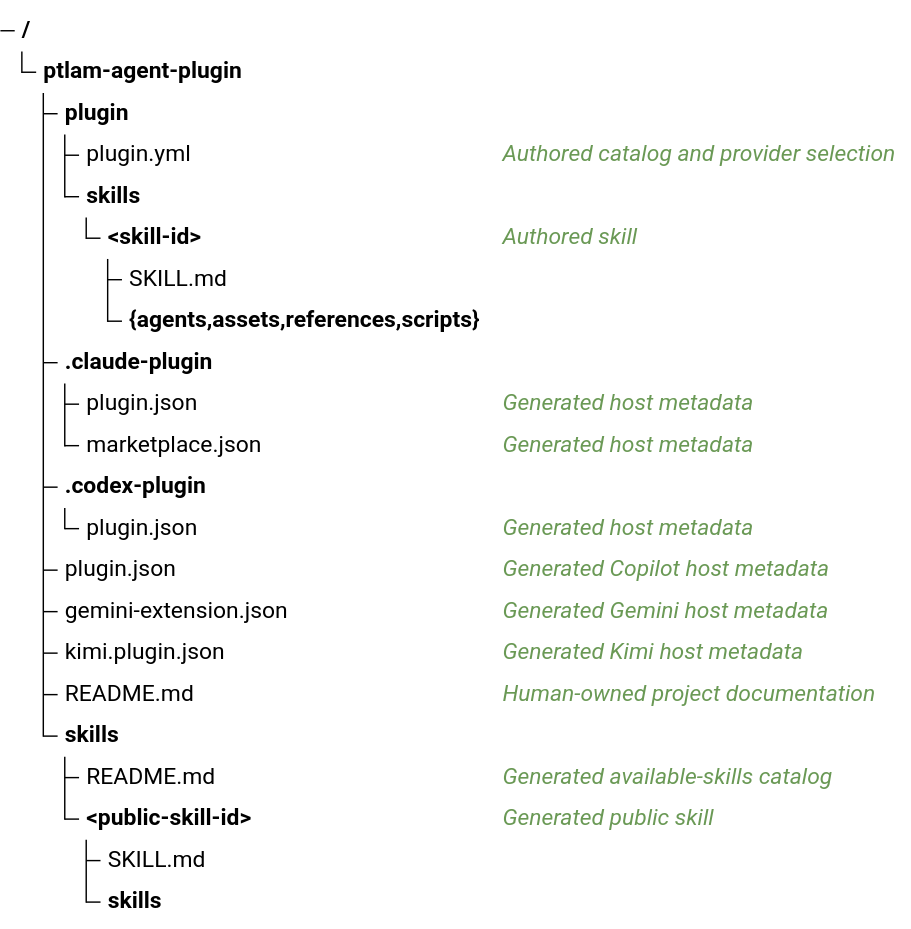
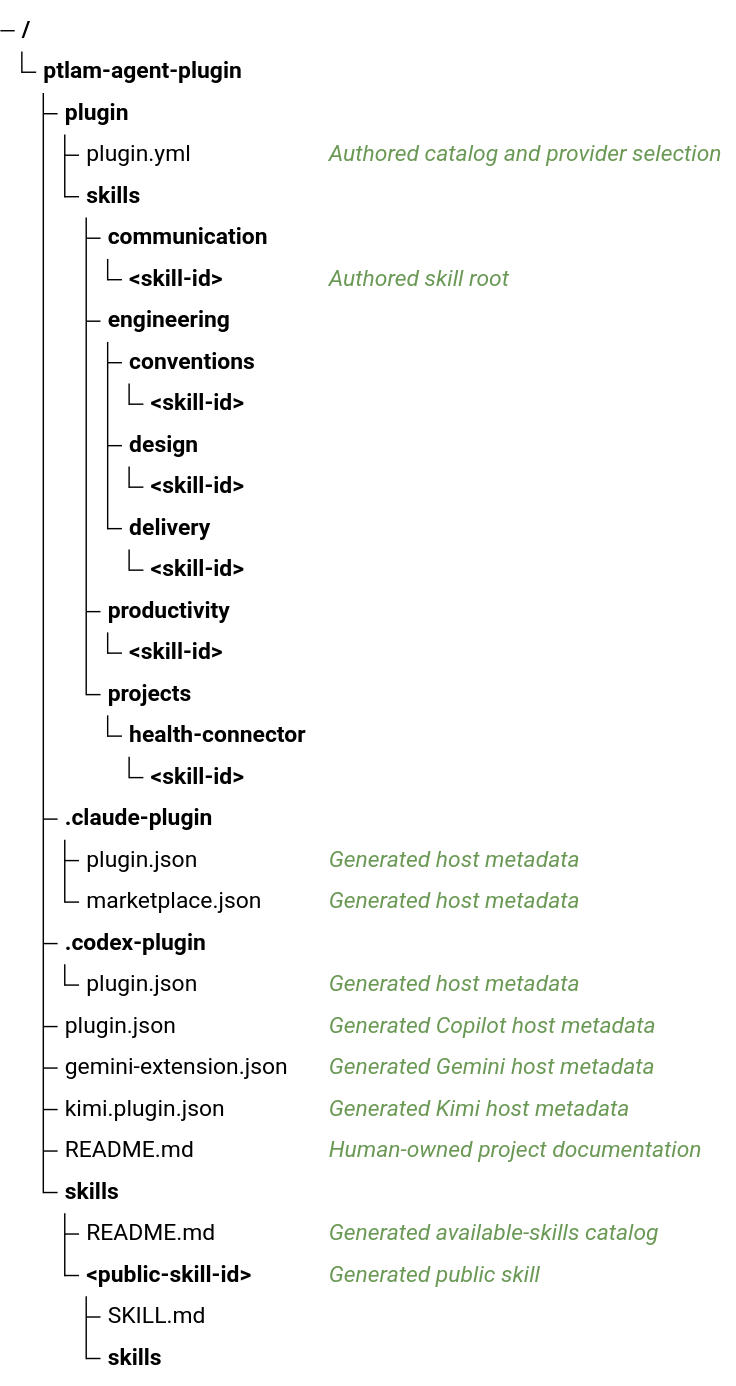
Before and after one commit to fam-tung-lam/ptlam-agent-plugin: the diagram in docs/DEVELOPMENT.md, drawn with Mermaid. The commit also changed other lines of this file and 271 other files, not shown here.

````diff
--- a/docs/DEVELOPMENT.md
+++ b/docs/DEVELOPMENT.md
@@ -42,24 +42,35 @@
 ```mermaid
 treeView-beta
     ptlam-agent-plugin/
         plugin/
             plugin.yml ## Authored catalog and provider selection
             skills/
-                <skill-id>/ ## Authored skill
-                    SKILL.md
-                    {agents,assets,references,scripts}/
+                communication/
+                    <skill-id>/ ## Authored skill root
+                engineering/
+                    conventions/
+                        <skill-id>/
+                    design/
+                        <skill-id>/
+                    delivery/
+                        <skill-id>/
+                productivity/
+                    <skill-id>/
+                projects/
+                    health-connector/
+                        <skill-id>/
         .claude-plugin/
             plugin.json ## Generated host metadata
             marketplace.json ## Generated host metadata
         .codex-plugin/
             plugin.json ## Generated host metadata
         plugin.json ## Generated Copilot host metadata
         gemini-extension.json ## Generated Gemini host metadata
         kimi.plugin.json ## Generated Kimi host metadata
         README.md ## Human-owned project documentation
         skills/
             README.md ## Generated available-skills catalog
             <public-skill-id>/ ## Generated public skill
                 SKILL.md
                 skills/
 ```
````
